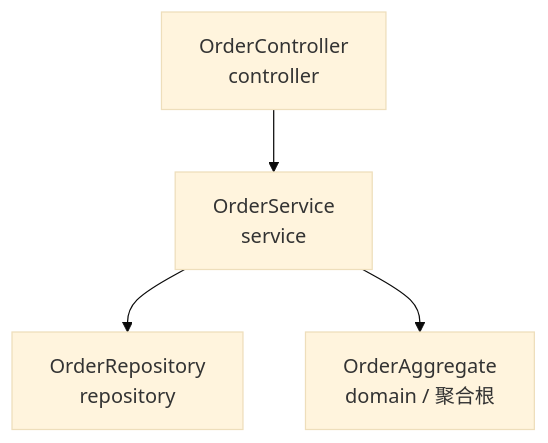
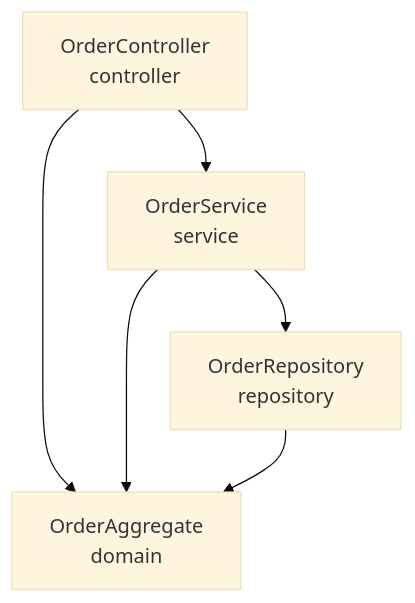
The first of 2 diagrams in skills/arch-first-code-gen/examples/2026-06-28-example-arch.md (ironbob/DesignSKills), drawn with Mermaid (base theme) before and after one commit. The commit also changed other lines of this file and 16 other files, not shown here.

````diff
--- a/skills/arch-first-code-gen/examples/2026-06-28-example-arch.md
+++ b/skills/arch-first-code-gen/examples/2026-06-28-example-arch.md
@@ -27,6 +23,12 @@
 ```mermaid
 flowchart TD
-  C[OrderController<br/>controller] --> S[OrderService<br/>service]
-  S --> R[OrderRepository<br/>repository]
-  S --> A[OrderAggregate<br/>domain / 聚合根]
+  ROLE_L01["OrderController<br/>controller"]
+  ROLE_L02["OrderService<br/>service"]
+  ROLE_L03["OrderRepository<br/>repository"]
+  ROLE_D01["OrderAggregate<br/>domain"]
+  ROLE_L01 --> ROLE_L02
+  ROLE_L01 --> ROLE_D01
+  ROLE_L02 --> ROLE_L03
+  ROLE_L02 --> ROLE_D01
+  ROLE_L03 --> ROLE_D01
 ```
````
